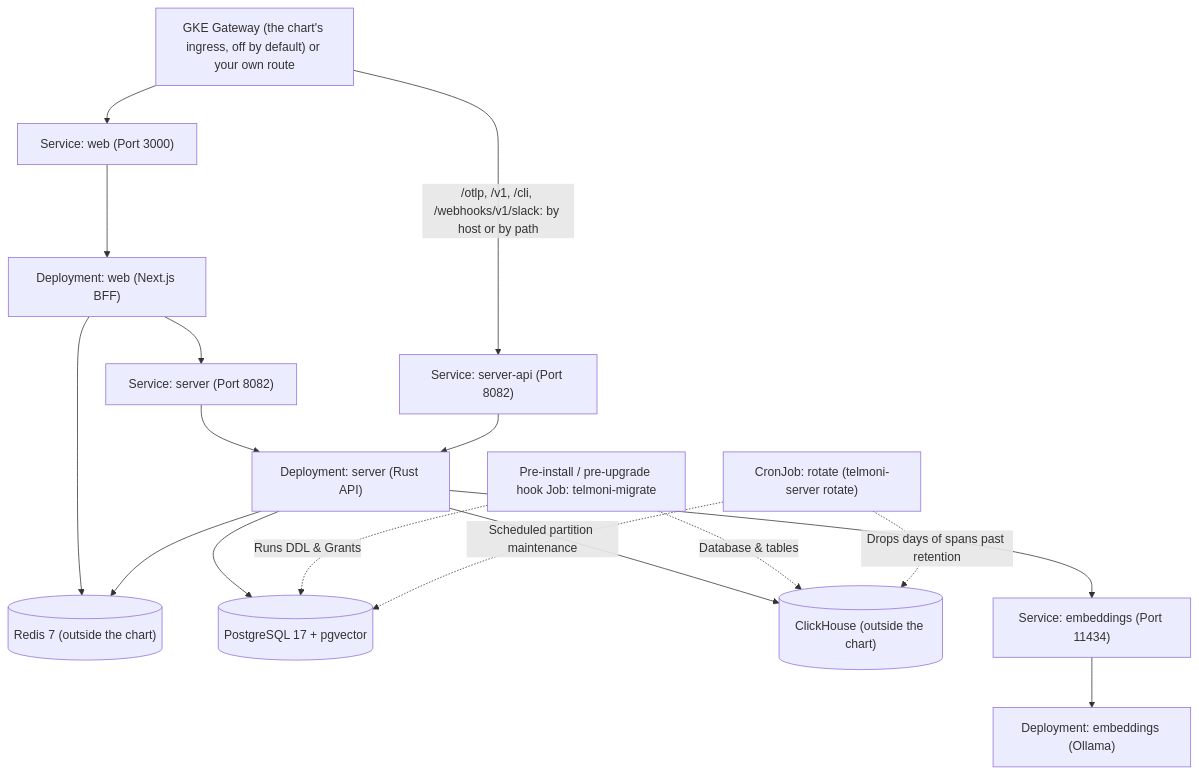
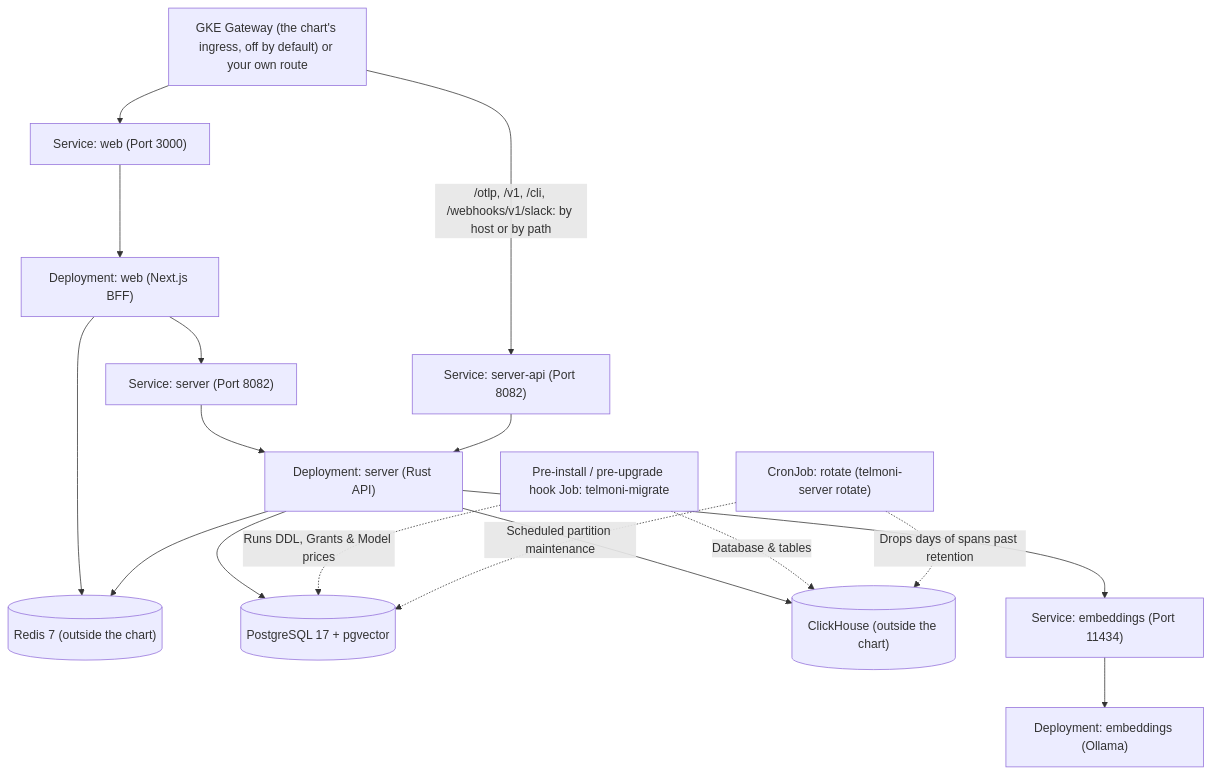
The diagram in web/content/docs/self-host/kubernetes.mdx (telmoni/telmoni), drawn with Mermaid before and after one commit. The commit also changed 19 other files, not shown here.

````diff
--- a/web/content/docs/self-host/kubernetes.mdx
+++ b/web/content/docs/self-host/kubernetes.mdx
@@ -10,23 +10,23 @@
 ```mermaid
 flowchart TD
     Ingress["GKE Gateway (the chart's ingress, off by default) or your own route"] --> WebSvc["Service: web (Port 3000)"]
     Ingress -->|"/otlp, /v1, /cli, /webhooks/v1/slack: by host or by path"| ApiSvc["Service: server-api (Port 8082)"]
     WebSvc --> WebPods["Deployment: web (Next.js BFF)"]
 
     WebPods --> ServerSvc["Service: server (Port 8082)"]
     ServerSvc --> ServerPods["Deployment: server (Rust API)"]
     ApiSvc --> ServerPods
 
     WebPods --> Redis[("Redis 7 (outside the chart)")]
     ServerPods --> Redis
 
     ServerPods --> Postgres[("PostgreSQL 17 + pgvector")]
     ServerPods --> ClickHouse[("ClickHouse (outside the chart)")]
     ServerPods --> EmbeddingsSvc["Service: embeddings (Port 11434)"]
     EmbeddingsSvc --> EmbeddingsPod["Deployment: embeddings (Ollama)"]
 
-    HookJob["Pre-install / pre-upgrade hook Job: telmoni-migrate"] -.->|Runs DDL & Grants| Postgres
+    HookJob["Pre-install / pre-upgrade hook Job: telmoni-migrate"] -.->|Runs DDL, Grants & Model prices| Postgres
     HookJob -.->|Database & tables| ClickHouse
     RotateCron["CronJob: rotate (telmoni-server rotate)"] -.->|Scheduled partition maintenance| Postgres
     RotateCron -.->|Drops days of spans past retention| ClickHouse
 ```
````
